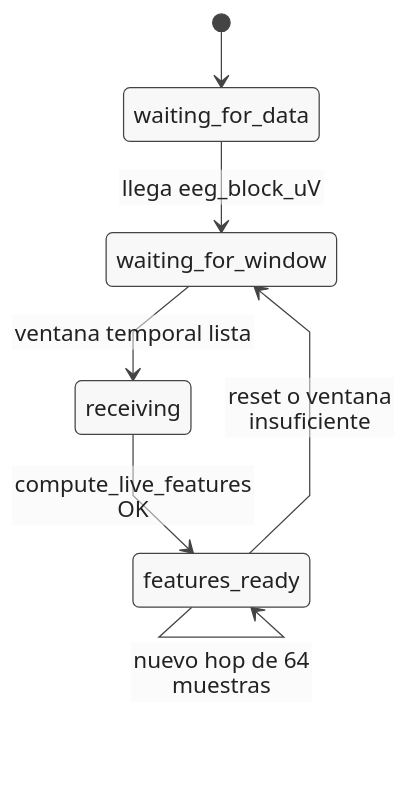
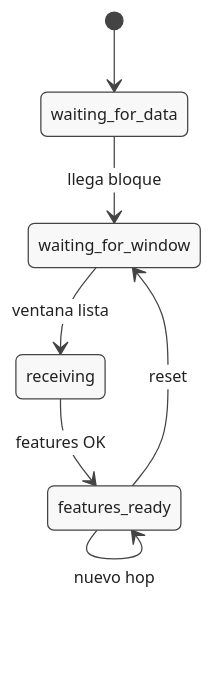
One commit to valtorresm97/REDACCION-TFG changed the diagram in TFG_EEG_MIDI/images/uml/impl_backend_runtime_states.mmd. Above: the diagram before and after it, drawn with Mermaid.

Commit message:
Compact Python backend runtime states Mermaid diagram

```diff
--- a/TFG_EEG_MIDI/images/uml/impl_backend_runtime_states.mmd
+++ b/TFG_EEG_MIDI/images/uml/impl_backend_runtime_states.mmd
@@ -1,8 +1,8 @@
-%%{init: {"theme": "base", "themeVariables": {"fontFamily": "Arial", "fontSize": "18px", "primaryColor": "#F8F8F8", "primaryTextColor": "#222222", "primaryBorderColor": "#444444", "lineColor": "#444444", "secondaryColor": "#FFFFFF", "tertiaryColor": "#FFFFFF"}, "flowchart": {"curve": "linear", "nodeSpacing": 35, "rankSpacing": 45, "padding": 8, "htmlLabels": false}}}%%
+%%{init: {"theme": "base", "themeVariables": {"fontFamily": "Arial", "fontSize": "13px", "primaryColor": "#F8F8F8", "primaryTextColor": "#222222", "primaryBorderColor": "#444444", "lineColor": "#444444", "secondaryColor": "#FFFFFF", "tertiaryColor": "#FFFFFF"}, "state": {"nodeSpacing": 18, "rankSpacing": 28, "padding": 4}}}%%
 stateDiagram-v2
   [*] --> waiting_for_data
-  waiting_for_data --> waiting_for_window: llega eeg_block_uV
-  waiting_for_window --> receiving: ventana temporal lista
-  receiving --> features_ready: compute_live_features OK
-  features_ready --> features_ready: nuevo hop de 64 muestras
-  features_ready --> waiting_for_window: reset o ventana insuficiente
+  waiting_for_data --> waiting_for_window: llega bloque
+  waiting_for_window --> receiving: ventana lista
+  receiving --> features_ready: features OK
+  features_ready --> features_ready: nuevo hop
+  features_ready --> waiting_for_window: reset
```
